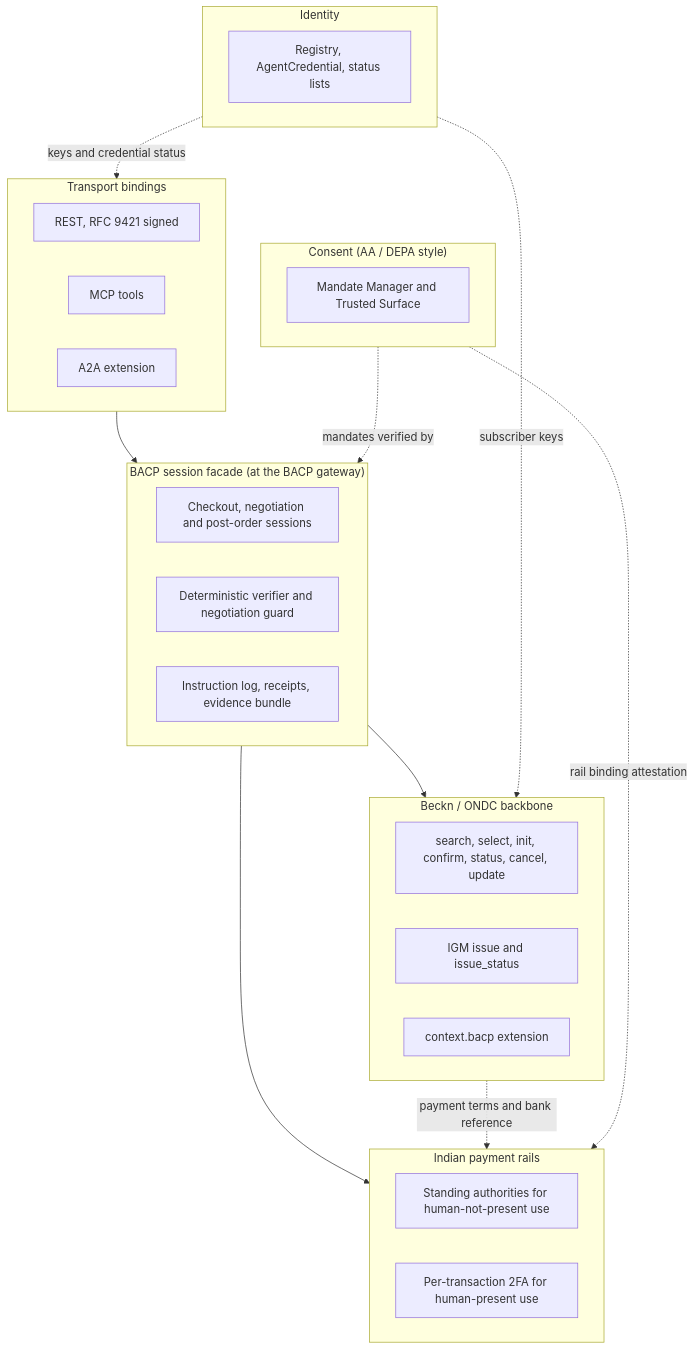
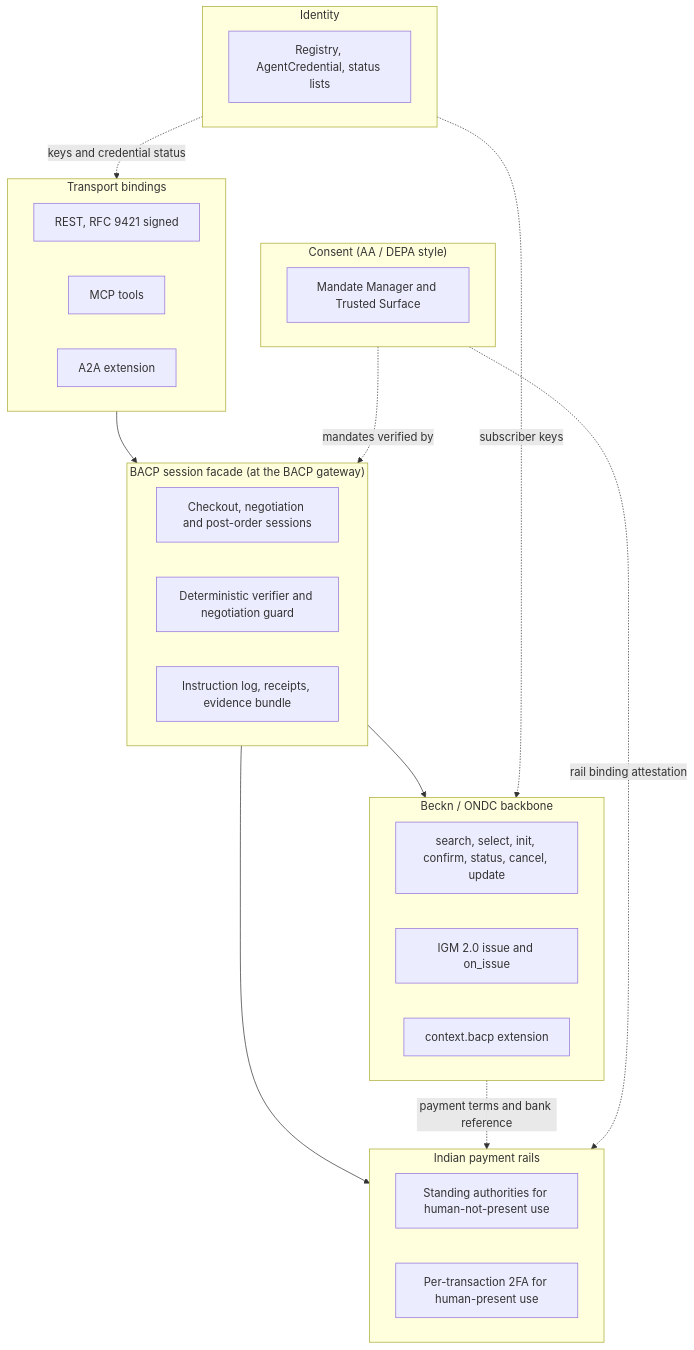
Before and after one commit to bacp-dev/bacp: the first of 2 diagrams in docs/specification/overview/index.md, drawn with Mermaid. The commit also changed other lines of this file and 31 other files, not shown here.

````diff
--- a/docs/specification/overview/index.md
+++ b/docs/specification/overview/index.md
@@ -101,36 +101,36 @@
 ```mermaid
 flowchart TB
     subgraph T["Transport bindings"]
         REST["REST, RFC 9421 signed"]
         MCP["MCP tools"]
         A2A["A2A extension"]
     end
     subgraph F["BACP session facade (at the BACP gateway)"]
         SES["Checkout, negotiation and post-order sessions"]
         VER["Deterministic verifier and negotiation guard"]
         LOG["Instruction log, receipts, evidence bundle"]
     end
     subgraph N["Beckn / ONDC backbone"]
         BKN["search, select, init, confirm, status, cancel, update"]
-        IGM["IGM issue and issue_status"]
+        IGM["IGM 2.0 issue and on_issue"]
         CTX["context.bacp extension"]
     end
     subgraph P["Indian payment rails"]
         OPEN["Standing authorities for human-not-present use"]
         CLOSED["Per-transaction 2FA for human-present use"]
     end
     subgraph C["Consent (AA / DEPA style)"]
         MM["Mandate Manager and Trusted Surface"]
     end
     subgraph I["Identity"]
         REG["Registry, AgentCredential, status lists"]
     end
     T --> F
     F --> N
     F --> P
     N -.->|"payment terms and bank reference"| P
     C -.->|"mandates verified by"| F
     C -.->|"rail binding attestation"| P
     I -.->|"keys and credential status"| T
     I -.->|"subscriber keys"| N
 ```
````
